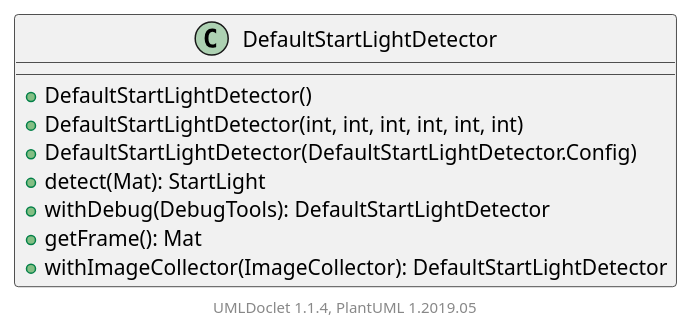
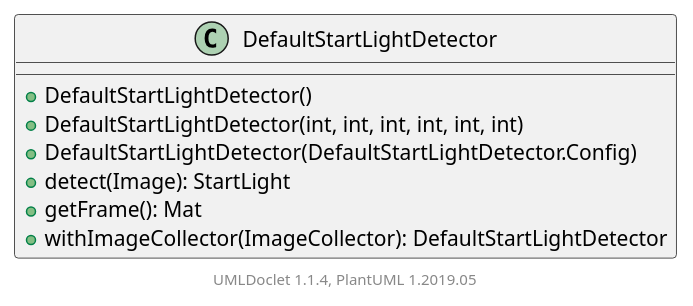
The diagram in rc-detect/rc-detect/apidocs/nl/vaneijndhoven/opencv/startlightdetection/DefaultStartLightDetector.puml (rc-dukes/dukes), drawn with PlantUML before and after one commit. The commit also changed 2213 other files, not shown here.

```diff
--- a/rc-detect/rc-detect/apidocs/nl/vaneijndhoven/opencv/startlightdetection/DefaultStartLightDetector.puml
+++ b/rc-detect/rc-detect/apidocs/nl/vaneijndhoven/opencv/startlightdetection/DefaultStartLightDetector.puml
@@ -1,15 +1,14 @@
 @startuml
 
     class DefaultStartLightDetector [[DefaultStartLightDetector.html]] {
         +DefaultStartLightDetector()
         +DefaultStartLightDetector(int, int, int, int, int, int)
         +DefaultStartLightDetector(DefaultStartLightDetector.Config)
-        +detect(Mat): StartLight
-        +withDebug(DebugTools): DefaultStartLightDetector
+        +detect(Image): StartLight
         +getFrame(): Mat
         +withImageCollector(ImageCollector): DefaultStartLightDetector
     }
 
 
     center footer UMLDoclet 1.1.4, PlantUML 1.2019.05
 @enduml
```
